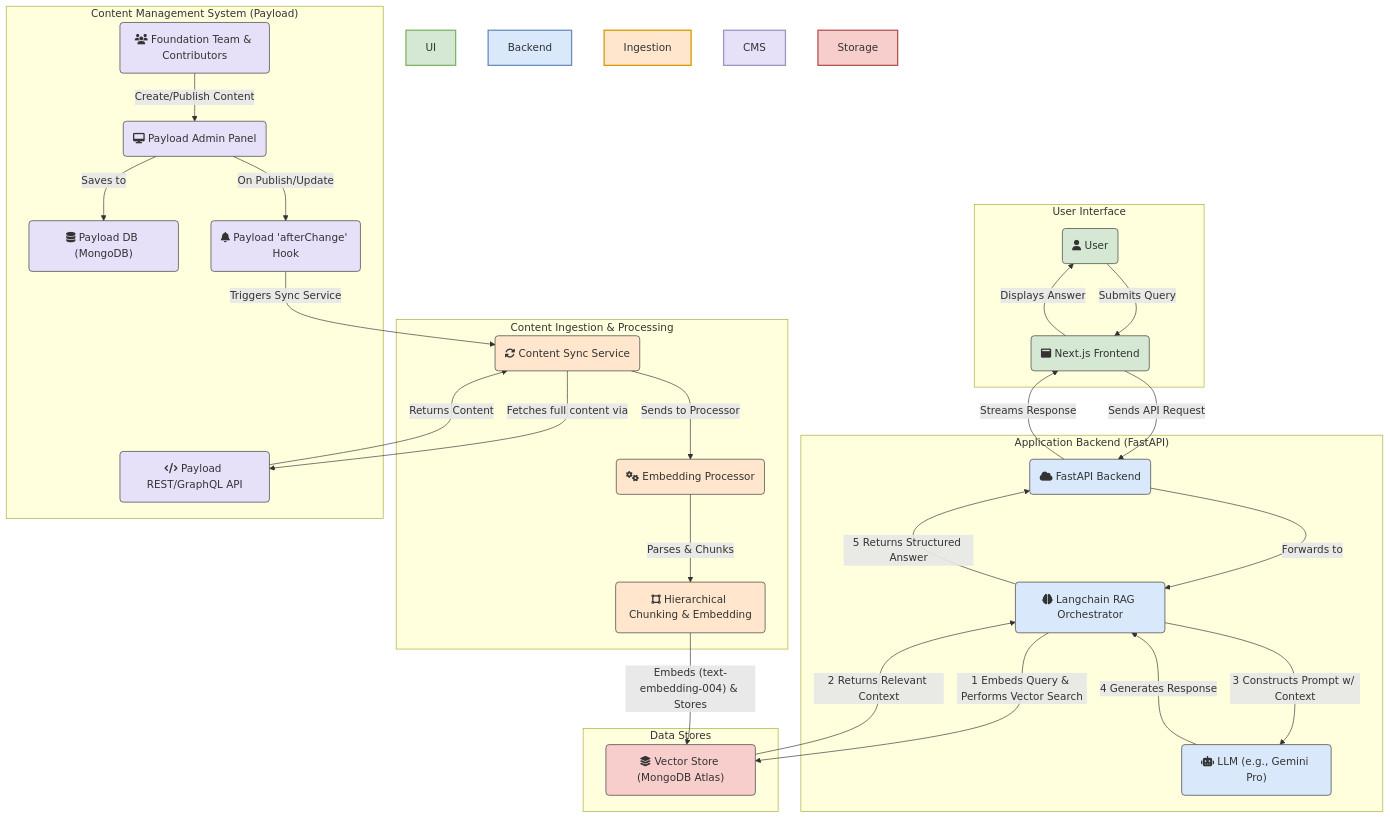
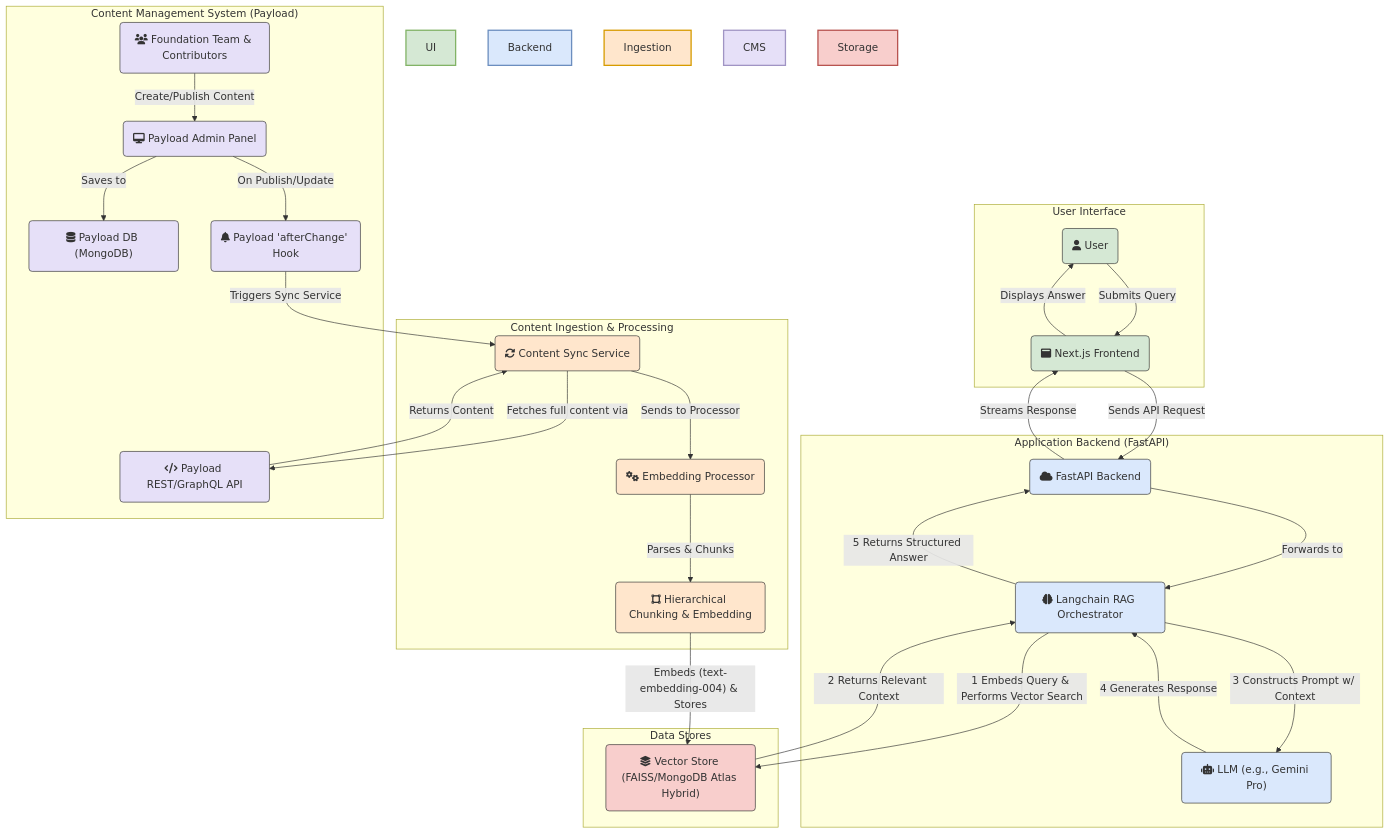
Before and after one commit to IndigoNakamoto/Litecoin-Knowledge-Hub: the diagram in README.md, drawn with Mermaid. The commit also changed other lines of this file and 7 other files, not shown here.

First line of the commit message:
Implement hybrid FAISS+MongoDB vector store for local development

````diff
--- a/README.md
+++ b/README.md
@@ -65,77 +65,77 @@
 ```mermaid
 flowchart TD
     %% -------------------
     %% Node Definitions
     %% -------------------
 
     subgraph "User Interface"
         style UI fill:#D5E8D4,stroke:#82B366,color:#333,stroke-width:2px
         U("fa:fa-user User"):::uiStyle
         FE("fa:fa-window-maximize Next.js Frontend"):::uiStyle
     end
 
     subgraph "Application Backend (FastAPI)"
         style Backend fill:#DAE8FC,stroke:#6C8EBF,color:#333,stroke-width:2px
         API("fa:fa-cloud FastAPI Backend"):::backendStyle
         RAG("fa:fa-brain Langchain RAG Orchestrator"):::backendStyle
         LLM("fa:fa-robot LLM (e.g., Gemini Pro)"):::backendStyle
     end
 
     subgraph "Content Ingestion & Processing"
         style Ingestion fill:#FFE6CC,stroke:#D79B00,color:#333,stroke-width:2px
         SYNC("fa:fa-sync-alt Content Sync Service"):::ingestionStyle
         PROC("fa:fa-cogs Embedding Processor"):::ingestionStyle
         CHUNK("fa:fa-vector-square Hierarchical Chunking & Embedding"):::ingestionStyle
     end
 
     subgraph "Content Management System (Payload)"
         style CMS fill:#E6E0F8,stroke:#A094C4,color:#333,stroke-width:2px
         AUTHORS("fa:fa-users Foundation Team & Contributors"):::cmsStyle
         ADMIN("fa:fa-desktop Payload Admin Panel"):::cmsStyle
         PAYLOAD_DB("fa:fa-database Payload DB (MongoDB)"):::cmsStyle
         HOOK("fa:fa-bell Payload 'afterChange' Hook"):::cmsStyle
         PAYLOAD_API("fa:fa-code Payload REST/GraphQL API"):::cmsStyle
     end
 
     subgraph "Data Stores"
         style Storage fill:#F8CECC,stroke:#B85450,color:#333,stroke-width:2px
-        VDB("fa:fa-layer-group Vector Store (MongoDB Atlas)"):::storageStyle
+        VDB("fa:fa-layer-group Vector Store (FAISS/MongoDB Atlas Hybrid)"):::storageStyle
     end
 
     %% -------------------
     %% Connection Definitions
     %% -------------------
 
     %% Flow 1: Content Ingestion & Indexing
     AUTHORS -- "Create/Publish Content" --> ADMIN
     ADMIN -- "Saves to" --> PAYLOAD_DB
     ADMIN -- "On Publish/Update" --> HOOK
     HOOK -- "Triggers Sync Service" --> SYNC
     SYNC -- "Fetches full content via" --> PAYLOAD_API
     PAYLOAD_API -- "Returns Content" --> SYNC
     SYNC -- "Sends to Processor" --> PROC
     PROC -- "Parses & Chunks" --> CHUNK
     CHUNK -- "Embeds (text-embedding-004) & Stores" --> VDB
 
     %% Flow 2: User Query & RAG
     U -- "Submits Query" --> FE
     FE -- "Sends API Request" --> API
     API -- "Forwards to" --> RAG
     RAG -- "1 Embeds Query & Performs Vector Search" --> VDB
     VDB -- "2 Returns Relevant Context" --> RAG
     RAG -- "3 Constructs Prompt w/ Context" --> LLM
     LLM -- "4 Generates Response" --> RAG
     RAG -- "5 Returns Structured Answer" --> API
     API -- "Streams Response" --> FE
     FE -- "Displays Answer" --> U
 
 
     %% -------------------
     %% Class-Based Styling
     %% -------------------
     classDef uiStyle fill:#D5E8D4,stroke:#333,color:#333
     classDef backendStyle fill:#DAE8FC,stroke:#333,color:#333
     classDef ingestionStyle fill:#FFE6CC,stroke:#333,color:#333
     classDef cmsStyle fill:#E6E0F8,stroke:#333,color:#333
     classDef storageStyle fill:#F8CECC,stroke:#333,color:#333
 ```
````
